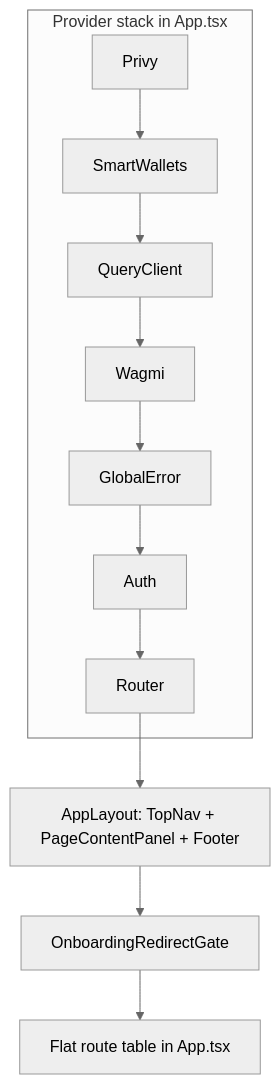
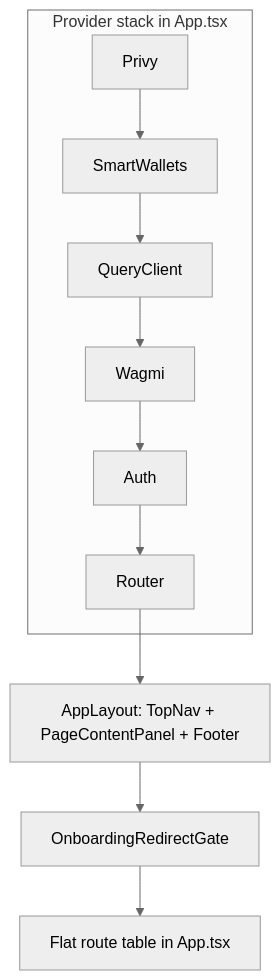
One commit to MagRelo/cut changed the first of 5 diagrams in docs/platform/client-architecture-plan.md. Above: the diagram before and after it, drawn with Mermaid (neutral theme). The commit also changed other lines of this file and 13 other files, not shown here.

First line of the commit message:
refactor: remove GlobalError handling and streamline error management

````diff
--- a/docs/platform/client-architecture-plan.md
+++ b/docs/platform/client-architecture-plan.md
@@ -17,14 +17,13 @@
 ```mermaid
 flowchart TB
   subgraph providers [Provider stack in App.tsx]
     Privy --> SmartWallets
     SmartWallets --> QueryClient
     QueryClient --> Wagmi
-    Wagmi --> GlobalError
-    GlobalError --> Auth
+    Wagmi --> Auth
     Auth --> Router
   end
   Router --> Shell["AppLayout: TopNav + PageContentPanel + Footer"]
   Shell --> Gate[OnboardingRedirectGate]
   Gate --> Routes[Flat route table in App.tsx]
 ```
````
